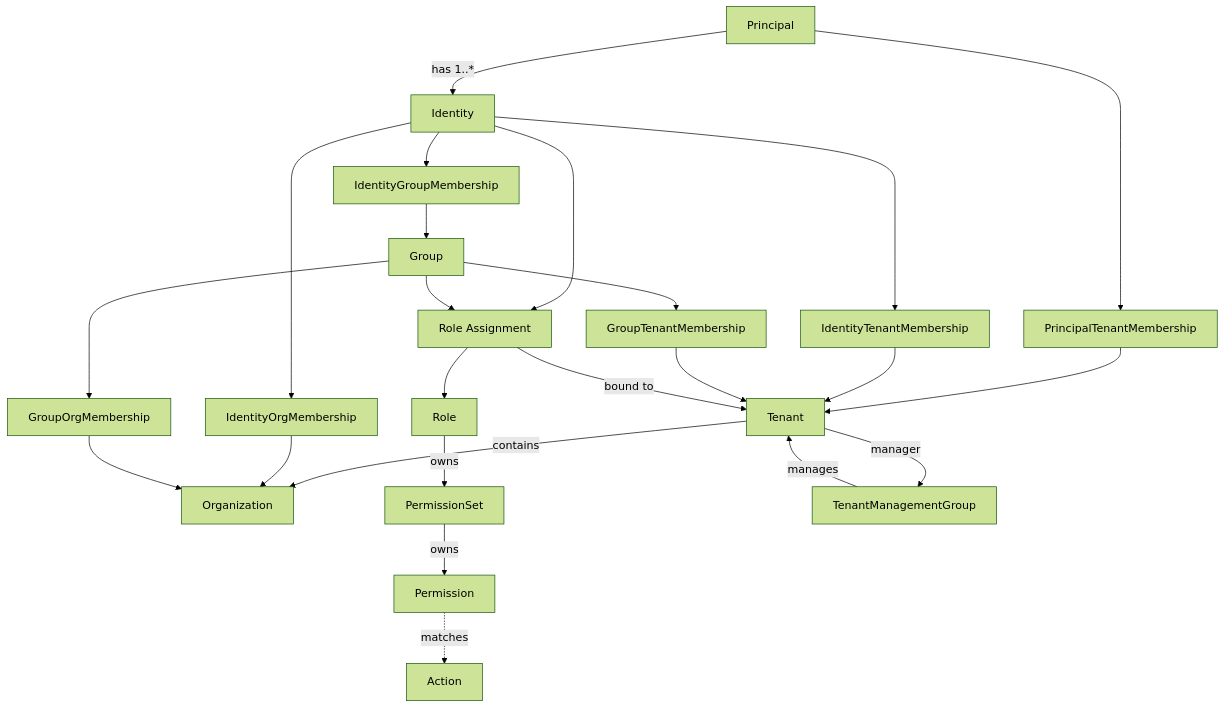
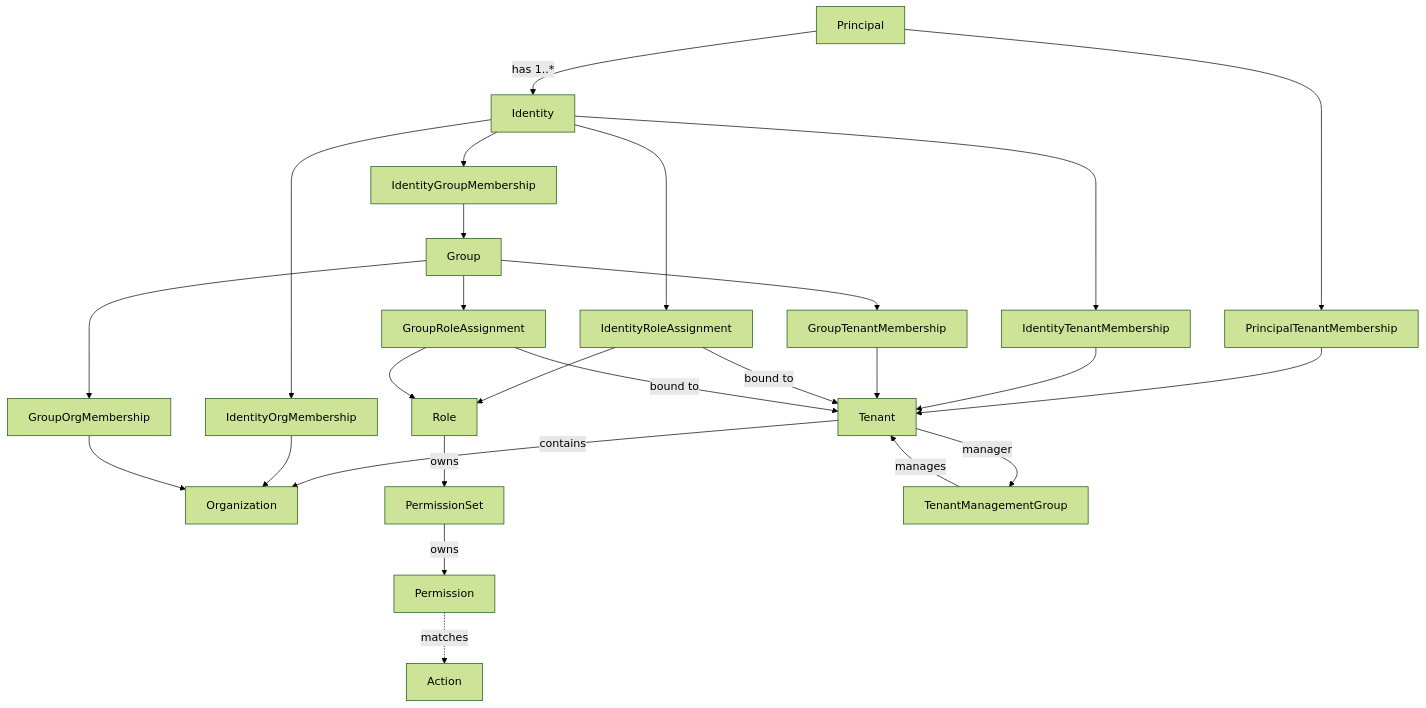
The diagram in docs/DOMAIN_MODEL.md (yduchesne/mtmf), drawn with Mermaid (forest theme) before and after one commit. The commit also changed other lines of this file and 42 other files, not shown here.

````diff
--- a/docs/DOMAIN_MODEL.md
+++ b/docs/DOMAIN_MODEL.md
@@ -477,50 +513,53 @@
 ```mermaid
 flowchart TD
     T[Tenant]
     O[Organization]
     P[Principal]
     I[Identity]
     G[Group]
     R[Role]
     PS[PermissionSet]
     PM[Permission]
     A[Action]
     PTM[PrincipalTenantMembership]
     ITM[IdentityTenantMembership]
     GTM[GroupTenantMembership]
     IOM[IdentityOrgMembership]
     GOM[GroupOrgMembership]
     IGM[IdentityGroupMembership]
-    RA[Role Assignment]
+    IRA[IdentityRoleAssignment]
+    GRA[GroupRoleAssignment]
     TMG[TenantManagementGroup]
 
     T -->|contains| O
     P -->|has 1..*| I
 
     P --> PTM
     PTM --> T
     I --> ITM
     ITM --> T
     G --> GTM
     GTM --> T
 
     I --> IGM
     IGM --> G
 
     I --> IOM
     IOM --> O
     G --> GOM
     GOM --> O
 
-    I --> RA
-    G --> RA
-    RA -->|bound to| T
-    RA --> R
+    I --> IRA
+    G --> GRA
+    IRA -->|bound to| T
+    GRA -->|bound to| T
+    IRA --> R
+    GRA --> R
 
     R -->|owns| PS
     PS -->|owns| PM
     PM -.->|matches| A
 
     T -->|manager| TMG
     TMG -->|manages| T
 ```
````
